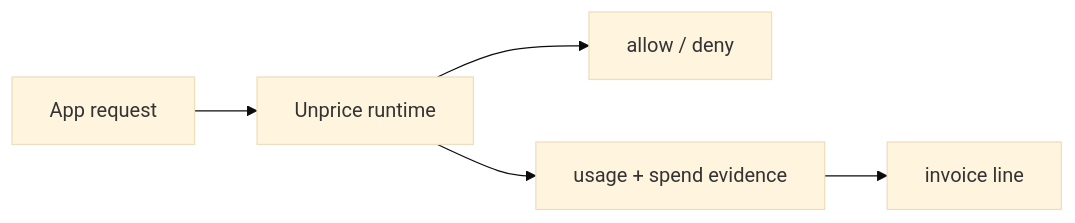
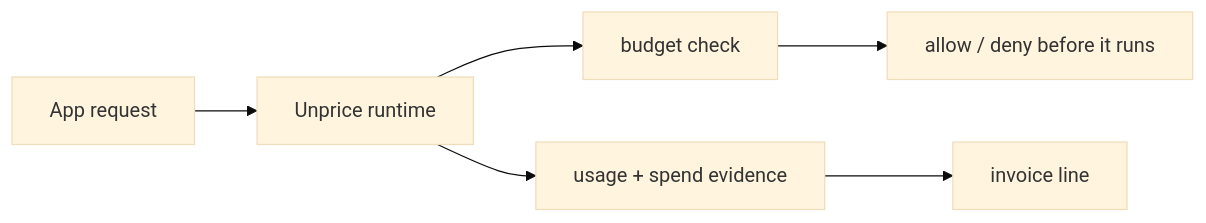
Before and after one commit to jhonsfran/unprice: the diagram in docs/brand/design-system-guidelines.md, drawn with Mermaid (base theme). The commit also changed other lines of this file and 44 other files, not shown here.

````diff
--- a/docs/brand/design-system-guidelines.md
+++ b/docs/brand/design-system-guidelines.md
@@ -166,7 +178,8 @@
 ```mermaid
 flowchart LR
   App["App request"] --> Unprice["Unprice runtime"]
-  Unprice --> Decision["allow / deny"]
+  Unprice --> Budget["budget check"]
+  Budget --> Decision["allow / deny before it runs"]
   Unprice --> Evidence["usage + spend evidence"]
   Evidence --> Invoice["invoice line"]
 ```
````
